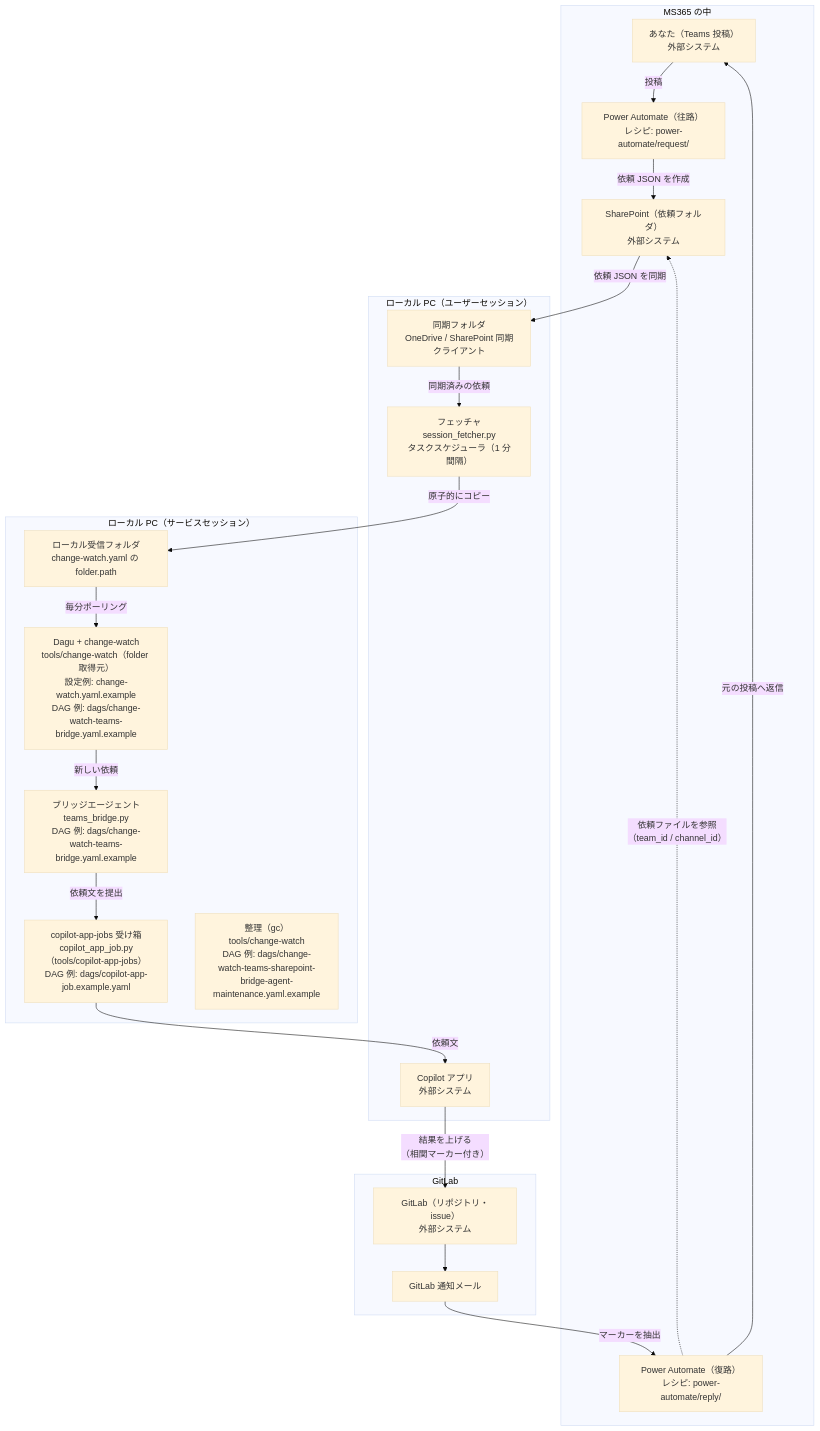
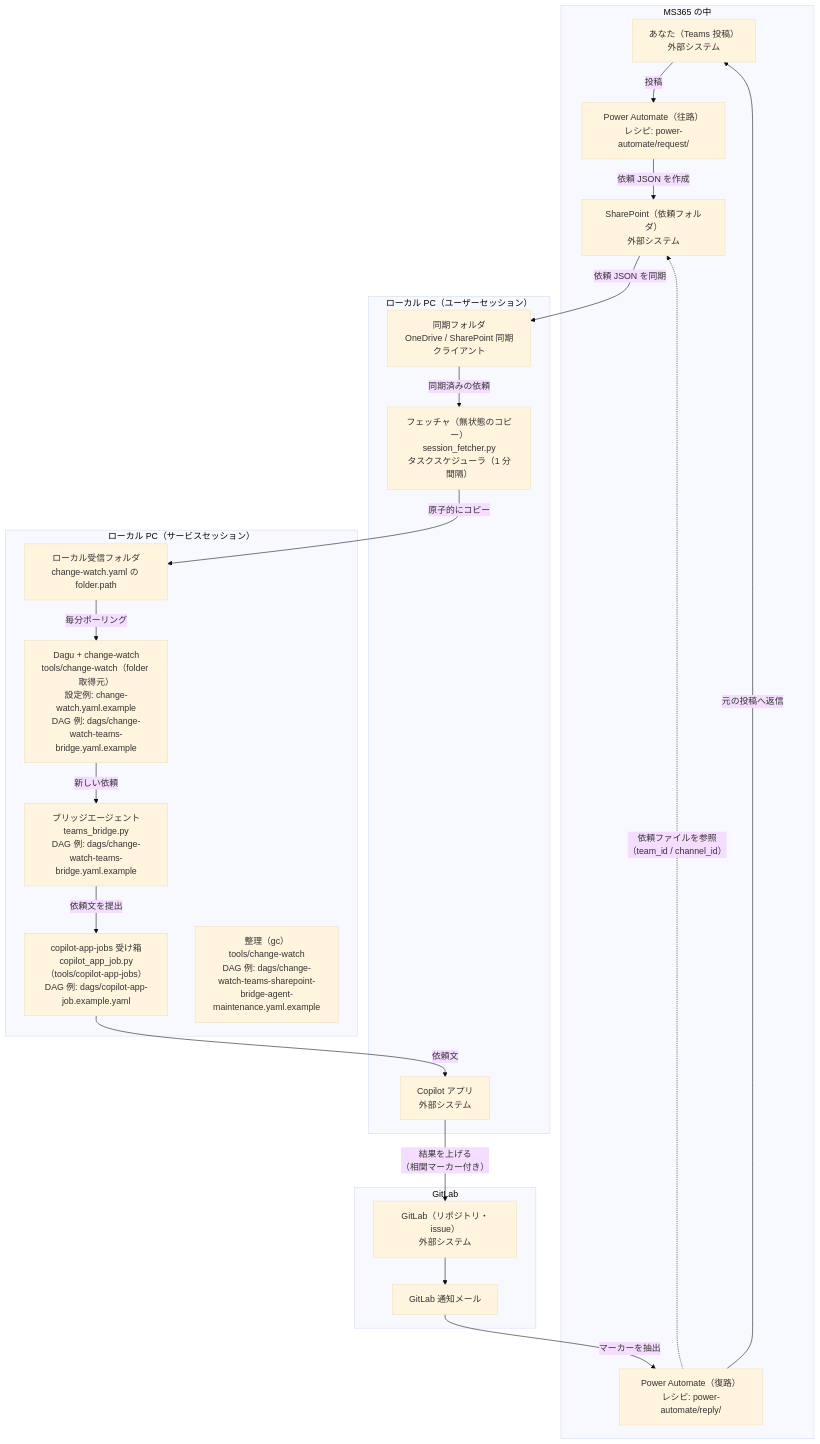
The diagram in docs/plans/2026-11-23-teams-bridge-session-fetcher-design.md (ynitto/sandbox), drawn with Mermaid (base theme) before and after one commit. The commit also changed other lines of this file and 8 other files, not shown here.

````diff
--- a/docs/plans/2026-11-23-teams-bridge-session-fetcher-design.md
+++ b/docs/plans/2026-11-23-teams-bridge-session-fetcher-design.md
@@ -28,40 +30,40 @@
 ```mermaid
 flowchart TB
     subgraph ms365["MS365 の中"]
         teams["あなた（Teams 投稿）<br/>外部システム"]
         outbound["Power Automate（往路）<br/>レシピ: power-automate/request/"]
         sharepoint["SharePoint（依頼フォルダ）<br/>外部システム"]
         inbound["Power Automate（復路）<br/>レシピ: power-automate/reply/"]
     end
     subgraph userpc["ローカル PC（ユーザーセッション）"]
         sync["同期フォルダ<br/>OneDrive / SharePoint 同期クライアント"]
-        fetcher["フェッチャ<br/>session_fetcher.py<br/>タスクスケジューラ（1 分間隔）"]
+        fetcher["フェッチャ（無状態のコピー）<br/>session_fetcher.py<br/>タスクスケジューラ（1 分間隔）"]
         copilot["Copilot アプリ<br/>外部システム"]
     end
     subgraph servicepc["ローカル PC（サービスセッション）"]
         received["ローカル受信フォルダ<br/>change-watch.yaml の folder.path"]
         dagu["Dagu + change-watch<br/>tools/change-watch（folder 取得元）<br/>設定例: change-watch.yaml.example<br/>DAG 例: dags/change-watch-teams-bridge.yaml.example"]
         bridge["ブリッジエージェント<br/>teams_bridge.py<br/>DAG 例: dags/change-watch-teams-bridge.yaml.example"]
         inbox["copilot-app-jobs 受け箱<br/>copilot_app_job.py（tools/copilot-app-jobs）<br/>DAG 例: dags/copilot-app-job.example.yaml"]
         gc["整理（gc）<br/>tools/change-watch<br/>DAG 例: dags/change-watch-teams-sharepoint-bridge-agent-maintenance.yaml.example"]
     end
     subgraph gitlabg["GitLab"]
         gitlab["GitLab（リポジトリ・issue）<br/>外部システム"]
         mail["GitLab 通知メール"]
     end
 
     teams -->|"投稿"| outbound
     outbound -->|"依頼 JSON を作成"| sharepoint
     sharepoint -->|"依頼 JSON を同期"| sync
     sync -->|"同期済みの依頼"| fetcher
     fetcher -->|"原子的にコピー"| received
     received -->|"毎分ポーリング"| dagu
     dagu -->|"新しい依頼"| bridge
     bridge -->|"依頼文を提出"| inbox
     inbox -->|"依頼文"| copilot
     copilot -->|"結果を上げる<br/>（相関マーカー付き）"| gitlab
     gitlab --> mail
     mail -->|"マーカーを抽出"| inbound
     inbound -.->|"依頼ファイルを参照<br/>（team_id / channel_id）"| sharepoint
     inbound -->|"元の投稿へ返信"| teams
 ```
````
